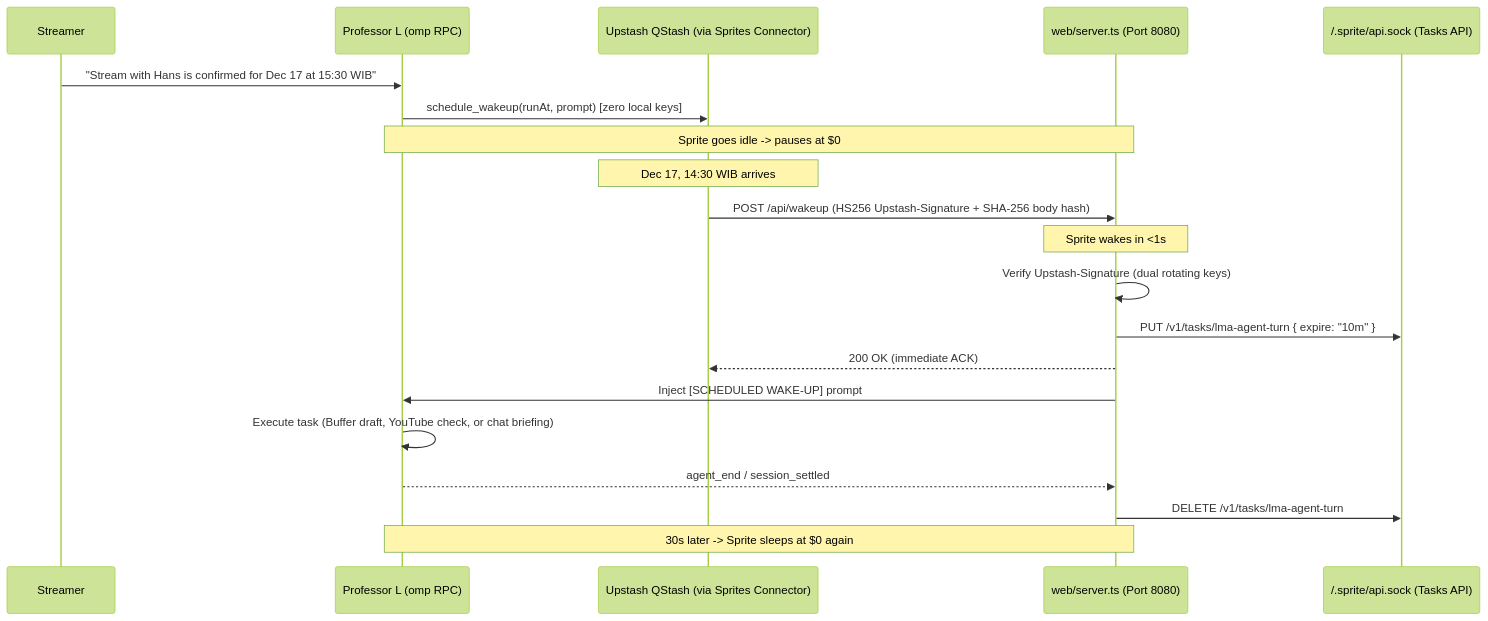
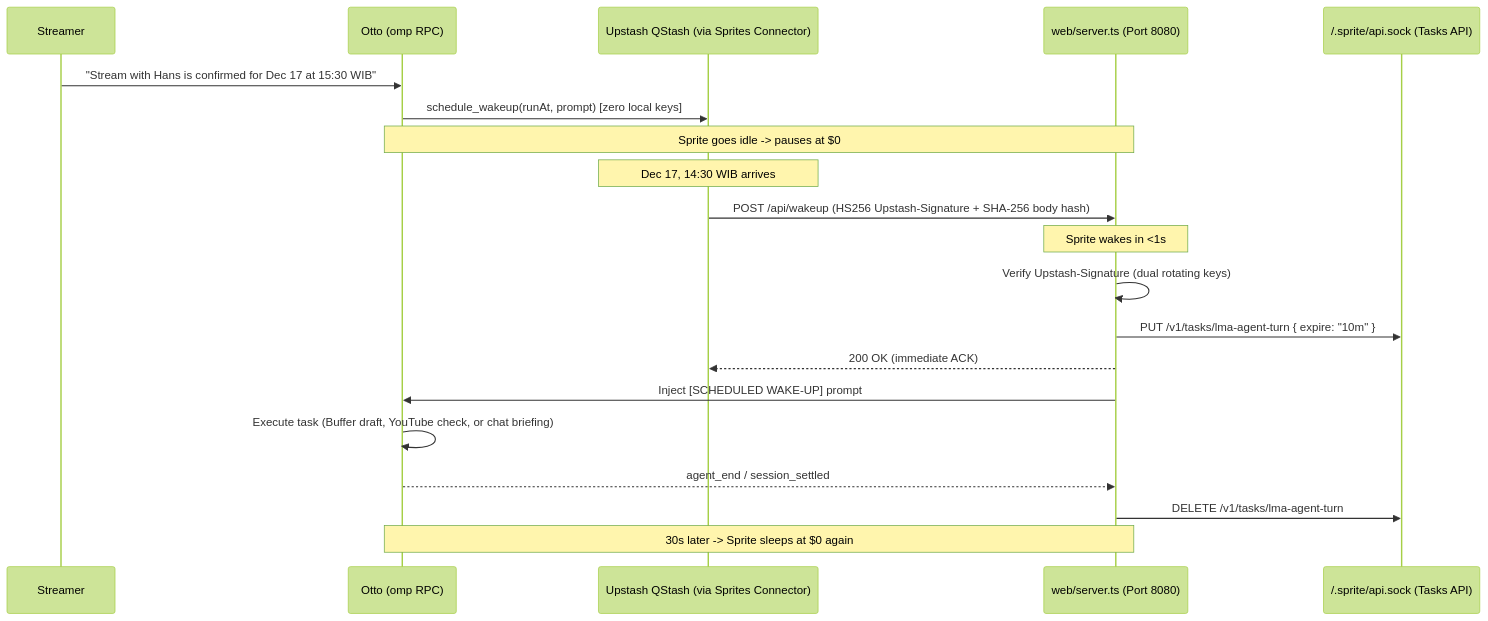
Before and after one commit to roffidaijoubu/otto: the second of 4 diagrams in docs/architecture.md, drawn with Mermaid (forest theme). The commit also changed other lines of this file and 38 other files, not shown here.

````diff
--- a/docs/architecture.md
+++ b/docs/architecture.md
@@ -38,24 +38,24 @@
 ```mermaid
 sequenceDiagram
     participant U as Streamer
-    participant L as Professor L (omp RPC)
+    participant L as Otto (omp RPC)
     participant Q as Upstash QStash (via Sprites Connector)
     participant W as web/server.ts (Port 8080)
     participant T as /.sprite/api.sock (Tasks API)
 
     U->>L: "Stream with Hans is confirmed for Dec 17 at 15:30 WIB"
     L->>Q: schedule_wakeup(runAt, prompt) [zero local keys]
     Note over L,W: Sprite goes idle -> pauses at $0
 
     Note over Q: Dec 17, 14:30 WIB arrives
     Q->>W: POST /api/wakeup (HS256 Upstash-Signature + SHA-256 body hash)
     Note over W: Sprite wakes in <1s
     W->>W: Verify Upstash-Signature (dual rotating keys)
     W->>T: PUT /v1/tasks/lma-agent-turn { expire: "10m" }
     W-->>Q: 200 OK (immediate ACK)
     W->>L: Inject [SCHEDULED WAKE-UP] prompt
     L->>L: Execute task (Buffer draft, YouTube check, or chat briefing)
     L-->>W: agent_end / session_settled
     W->>T: DELETE /v1/tasks/lma-agent-turn
     Note over L,W: 30s later -> Sprite sleeps at $0 again
 ```
````
